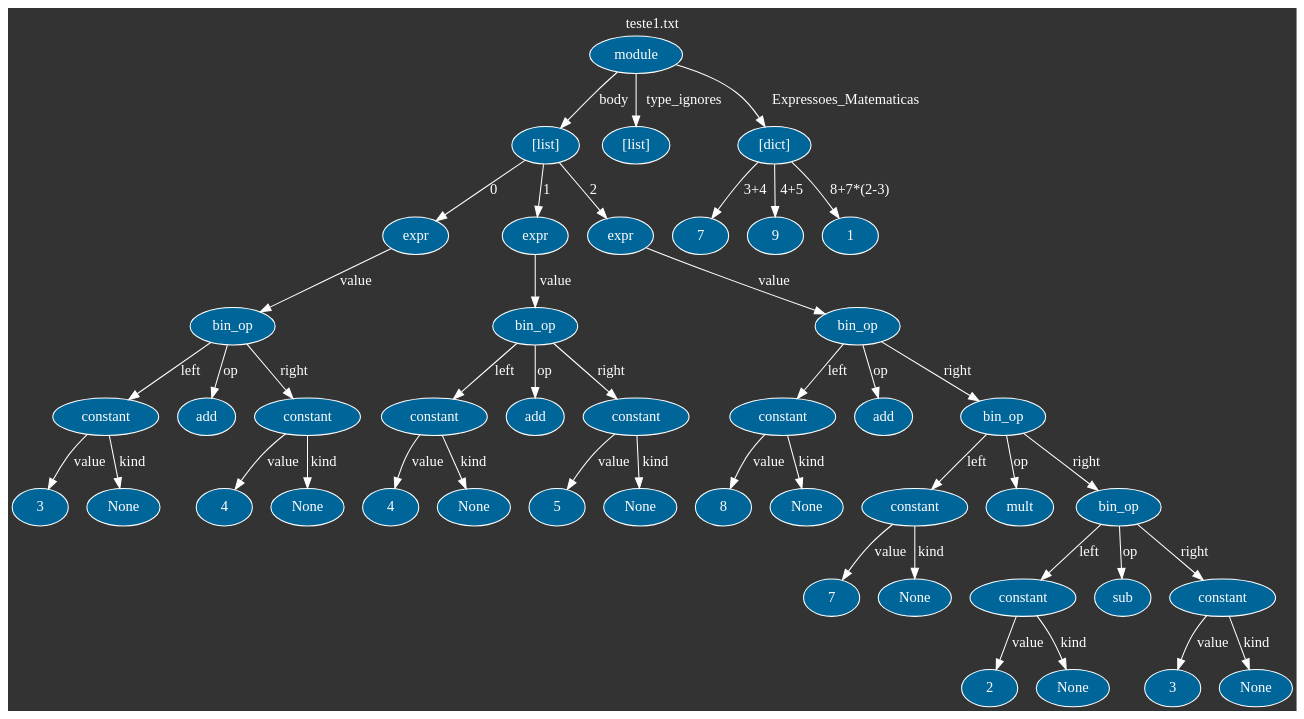
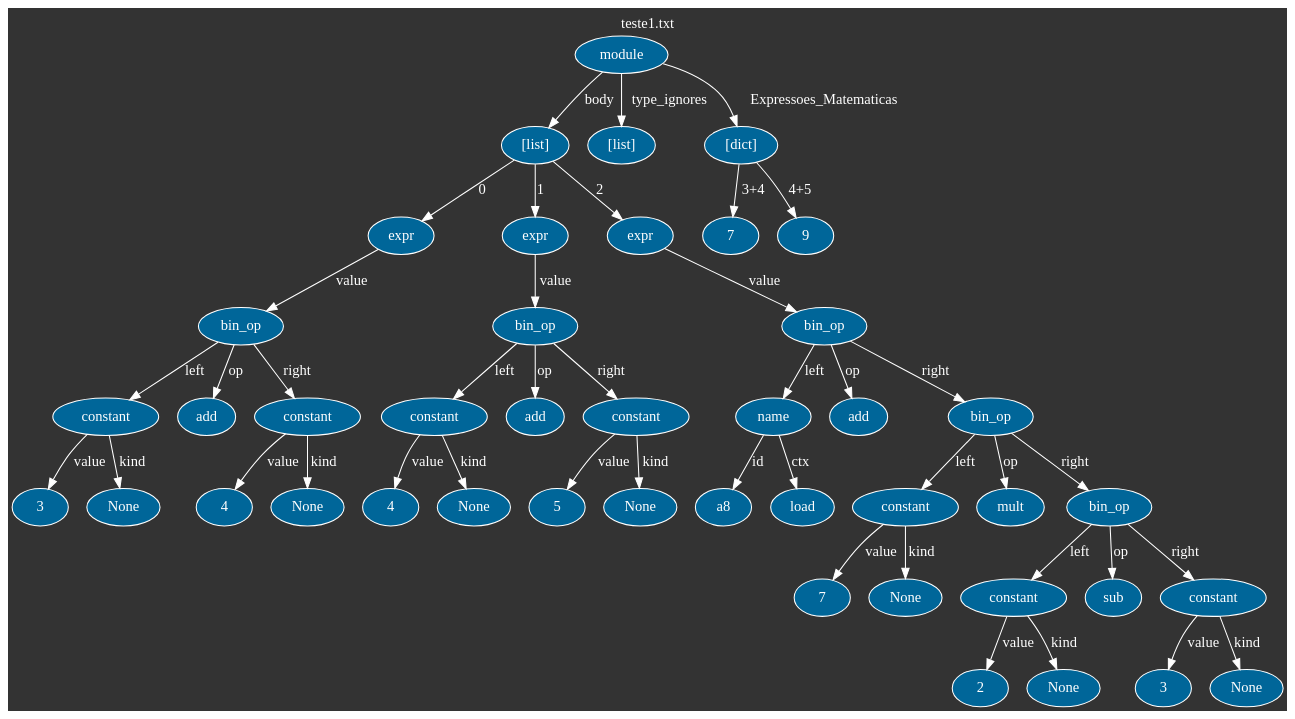
One commit to Mandella-thi/A3_teroria_comp changed the diagram in Digraph.gv. Above: the diagram before and after it, drawn with Graphviz. The commit also changed 6 other files, not shown here.

```diff
--- a/Digraph.gv
+++ b/Digraph.gv
@@ -1,92 +1,90 @@
 digraph {
 	graph [bgcolor="#333333" fontcolor=white label="teste1.txt" labelloc=t margin=0]
 	node [color=white fillcolor="#006699" fontcolor=white style=filled]
 	edge [color=white fontcolor=white]
-	2588970937920 [label=module]
-	2588970926784 [label="[list]"]
-	2588970937984 [label=expr]
-	2588970938048 [label=bin_op]
-	2588970938816 [label=constant]
-	"6af10588-3c86-4789-80bc-9bddc696c79b" [label=3]
-	2588970938816 -> "6af10588-3c86-4789-80bc-9bddc696c79b" [label=value]
-	"13d643cb-313f-4e00-afcd-d015831e8b16" [label=None]
-	2588970938816 -> "13d643cb-313f-4e00-afcd-d015831e8b16" [label=kind]
-	2588970938048 -> 2588970938816 [label=left]
-	2588970938688 [label=add]
-	2588970938048 -> 2588970938688 [label=op]
-	2588970938304 [label=constant]
-	"91287c62-a676-4074-bbd3-b50442489029" [label=4]
-	2588970938304 -> "91287c62-a676-4074-bbd3-b50442489029" [label=value]
-	"8d8f4527-11a6-4dd2-8aaf-c96dc0117f3b" [label=None]
-	2588970938304 -> "8d8f4527-11a6-4dd2-8aaf-c96dc0117f3b" [label=kind]
-	2588970938048 -> 2588970938304 [label=right]
-	2588970937984 -> 2588970938048 [label=value]
-	2588970926784 -> 2588970937984 [label=0]
-	2588970938432 [label=expr]
-	2588970938496 [label=bin_op]
-	2588970938560 [label=constant]
-	"791478fb-c846-4e83-aebc-8a36ed426c66" [label=4]
-	2588970938560 -> "791478fb-c846-4e83-aebc-8a36ed426c66" [label=value]
-	"a5cde22d-ae92-4b2c-a5f0-bc1704faf63f" [label=None]
-	2588970938560 -> "a5cde22d-ae92-4b2c-a5f0-bc1704faf63f" [label=kind]
-	2588970938496 -> 2588970938560 [label=left]
-	2588970938944 [label=add]
-	2588970938496 -> 2588970938944 [label=op]
-	2588970939008 [label=constant]
-	"b42c6481-c790-49e8-a5e9-bc8e43f6b67e" [label=5]
-	2588970939008 -> "b42c6481-c790-49e8-a5e9-bc8e43f6b67e" [label=value]
-	"5bff4e91-9037-4c32-b306-769dce9540e0" [label=None]
-	2588970939008 -> "5bff4e91-9037-4c32-b306-769dce9540e0" [label=kind]
-	2588970938496 -> 2588970939008 [label=right]
-	2588970938432 -> 2588970938496 [label=value]
-	2588970926784 -> 2588970938432 [label=1]
-	2588970939136 [label=expr]
-	2588970939200 [label=bin_op]
-	2588970939264 [label=constant]
-	"5905edb2-b453-44f8-b7f2-ebe2773eed01" [label=8]
-	2588970939264 -> "5905edb2-b453-44f8-b7f2-ebe2773eed01" [label=value]
-	"40bacb5f-aa42-4b11-8822-d61e3e17fc94" [label=None]
-	2588970939264 -> "40bacb5f-aa42-4b11-8822-d61e3e17fc94" [label=kind]
-	2588970939200 -> 2588970939264 [label=left]
-	2588970939392 [label=add]
-	2588970939200 -> 2588970939392 [label=op]
-	2588970939456 [label=bin_op]
-	2588970939520 [label=constant]
-	"cae98ee7-c69a-4b41-b671-19c8b4c38efa" [label=7]
-	2588970939520 -> "cae98ee7-c69a-4b41-b671-19c8b4c38efa" [label=value]
-	"84d03544-20e7-428c-a1d9-e53116dc7318" [label=None]
-	2588970939520 -> "84d03544-20e7-428c-a1d9-e53116dc7318" [label=kind]
-	2588970939456 -> 2588970939520 [label=left]
-	2588970939648 [label=mult]
-	2588970939456 -> 2588970939648 [label=op]
-	2588970939712 [label=bin_op]
-	2588970939776 [label=constant]
-	"203bf606-ccd4-436e-ae84-ae3f5d53b83c" [label=2]
-	2588970939776 -> "203bf606-ccd4-436e-ae84-ae3f5d53b83c" [label=value]
-	"bcdca7d7-3010-406b-ab56-a364f310cdee" [label=None]
-	2588970939776 -> "bcdca7d7-3010-406b-ab56-a364f310cdee" [label=kind]
-	2588970939712 -> 2588970939776 [label=left]
-	2588970939904 [label=sub]
-	2588970939712 -> 2588970939904 [label=op]
-	2588970939968 [label=constant]
-	"b10d6093-e732-474f-a102-93926455e2f8" [label=3]
-	2588970939968 -> "b10d6093-e732-474f-a102-93926455e2f8" [label=value]
-	"f4b1c690-da94-47c8-a126-1705a0bfb7cb" [label=None]
-	2588970939968 -> "f4b1c690-da94-47c8-a126-1705a0bfb7cb" [label=kind]
-	2588970939712 -> 2588970939968 [label=right]
-	2588970939456 -> 2588970939712 [label=right]
-	2588970939200 -> 2588970939456 [label=right]
-	2588970939136 -> 2588970939200 [label=value]
-	2588970926784 -> 2588970939136 [label=2]
-	2588970937920 -> 2588970926784 [label=body]
-	2588970927488 [label="[list]"]
-	2588970937920 -> 2588970927488 [label=type_ignores]
-	2588970940544 [label="[dict]"]
-	"3a7ffc24-6cec-4160-b95a-c25e88c14d00" [label=7]
-	2588970940544 -> "3a7ffc24-6cec-4160-b95a-c25e88c14d00" [label="3+4"]
-	"b5ba3464-f669-4956-992c-88c71aa7f787" [label=9]
-	2588970940544 -> "b5ba3464-f669-4956-992c-88c71aa7f787" [label="4+5"]
-	"7bf17f5f-c5c0-4c03-a6d7-20fcc1379fdd" [label=1]
-	2588970940544 -> "7bf17f5f-c5c0-4c03-a6d7-20fcc1379fdd" [label="8+7*(2-3)"]
-	2588970937920 -> 2588970940544 [label=Expressoes_Matematicas]
+	2907289675264 [label=module]
+	2907289656960 [label="[list]"]
+	2907289675456 [label=expr]
+	2907289675648 [label=bin_op]
+	2907289676032 [label=constant]
+	"043b7629-9c47-44fc-85cc-def6ca75dee1" [label=3]
+	2907289676032 -> "043b7629-9c47-44fc-85cc-def6ca75dee1" [label=value]
+	"e47e4f3b-2d7a-458b-b8ef-004eb95b914c" [label=None]
+	2907289676032 -> "e47e4f3b-2d7a-458b-b8ef-004eb95b914c" [label=kind]
+	2907289675648 -> 2907289676032 [label=left]
+	2907289675392 [label=add]
+	2907289675648 -> 2907289675392 [label=op]
+	2907289675520 [label=constant]
+	"5d3e2d4e-a3b7-45cb-89fd-cf1478e19eca" [label=4]
+	2907289675520 -> "5d3e2d4e-a3b7-45cb-89fd-cf1478e19eca" [label=value]
+	"fcd4cbea-5da3-4811-a419-6829f7cdb34e" [label=None]
+	2907289675520 -> "fcd4cbea-5da3-4811-a419-6829f7cdb34e" [label=kind]
+	2907289675648 -> 2907289675520 [label=right]
+	2907289675456 -> 2907289675648 [label=value]
+	2907289656960 -> 2907289675456 [label=0]
+	2907289676288 [label=expr]
+	2907289675328 [label=bin_op]
+	2907289676416 [label=constant]
+	"5bf49f2c-af22-4cbc-8386-34959355cfbd" [label=4]
+	2907289676416 -> "5bf49f2c-af22-4cbc-8386-34959355cfbd" [label=value]
+	"cfa3c406-bb62-4dc9-af66-cf4054acc458" [label=None]
+	2907289676416 -> "cfa3c406-bb62-4dc9-af66-cf4054acc458" [label=kind]
+	2907289675328 -> 2907289676416 [label=left]
+	2907289677376 [label=add]
+	2907289675328 -> 2907289677376 [label=op]
+	2907289677568 [label=constant]
+	"5c75f06d-fe0b-41d6-82b3-5ae663f628e6" [label=5]
+	2907289677568 -> "5c75f06d-fe0b-41d6-82b3-5ae663f628e6" [label=value]
+	"77350025-76b1-437b-bda0-7f612875880a" [label=None]
+	2907289677568 -> "77350025-76b1-437b-bda0-7f612875880a" [label=kind]
+	2907289675328 -> 2907289677568 [label=right]
+	2907289676288 -> 2907289675328 [label=value]
+	2907289656960 -> 2907289676288 [label=1]
+	2907289743488 [label=expr]
+	2907289743680 [label=bin_op]
+	2907289743808 [label=name]
+	"0931fb30-cfac-4a07-9a4c-420b2380fe42" [label=a8]
+	2907289743808 -> "0931fb30-cfac-4a07-9a4c-420b2380fe42" [label=id]
+	2907289744000 [label=load]
+	2907289743808 -> 2907289744000 [label=ctx]
+	2907289743680 -> 2907289743808 [label=left]
+	2907289744256 [label=add]
+	2907289743680 -> 2907289744256 [label=op]
+	2907289744448 [label=bin_op]
+	2907289744576 [label=constant]
+	"14198635-75aa-4d2b-a567-7946d605c4f7" [label=7]
+	2907289744576 -> "14198635-75aa-4d2b-a567-7946d605c4f7" [label=value]
+	"458d6478-7572-4b27-835a-83256f0576ac" [label=None]
+	2907289744576 -> "458d6478-7572-4b27-835a-83256f0576ac" [label=kind]
+	2907289744448 -> 2907289744576 [label=left]
+	2907289744896 [label=mult]
+	2907289744448 -> 2907289744896 [label=op]
+	2907289745088 [label=bin_op]
+	2907289745216 [label=constant]
+	"316186cc-48ca-4731-a8a9-b47e41c380d2" [label=2]
+	2907289745216 -> "316186cc-48ca-4731-a8a9-b47e41c380d2" [label=value]
+	"4bb8246e-aa40-43bc-83a7-b77bf3e8ec5d" [label=None]
+	2907289745216 -> "4bb8246e-aa40-43bc-83a7-b77bf3e8ec5d" [label=kind]
+	2907289745088 -> 2907289745216 [label=left]
+	2907289745536 [label=sub]
+	2907289745088 -> 2907289745536 [label=op]
+	2907289745728 [label=constant]
+	"abaa8623-281c-4a08-b3bc-27ef62d09ad5" [label=3]
+	2907289745728 -> "abaa8623-281c-4a08-b3bc-27ef62d09ad5" [label=value]
+	"3a7a3109-56fc-468a-988e-364af025e559" [label=None]
+	2907289745728 -> "3a7a3109-56fc-468a-988e-364af025e559" [label=kind]
+	2907289745088 -> 2907289745728 [label=right]
+	2907289744448 -> 2907289745088 [label=right]
+	2907289743680 -> 2907289744448 [label=right]
+	2907289743488 -> 2907289743680 [label=value]
+	2907289656960 -> 2907289743488 [label=2]
+	2907289675264 -> 2907289656960 [label=body]
+	2907289623872 [label="[list]"]
+	2907289675264 -> 2907289623872 [label=type_ignores]
+	2907289746944 [label="[dict]"]
+	"630f7d9c-de59-4020-9ff1-f1b5fb736cee" [label=7]
+	2907289746944 -> "630f7d9c-de59-4020-9ff1-f1b5fb736cee" [label="3+4"]
+	"495c2306-0d73-44ab-82ae-5fdbeadf9123" [label=9]
+	2907289746944 -> "495c2306-0d73-44ab-82ae-5fdbeadf9123" [label="4+5"]
+	2907289675264 -> 2907289746944 [label=Expressoes_Matematicas]
 }
```
